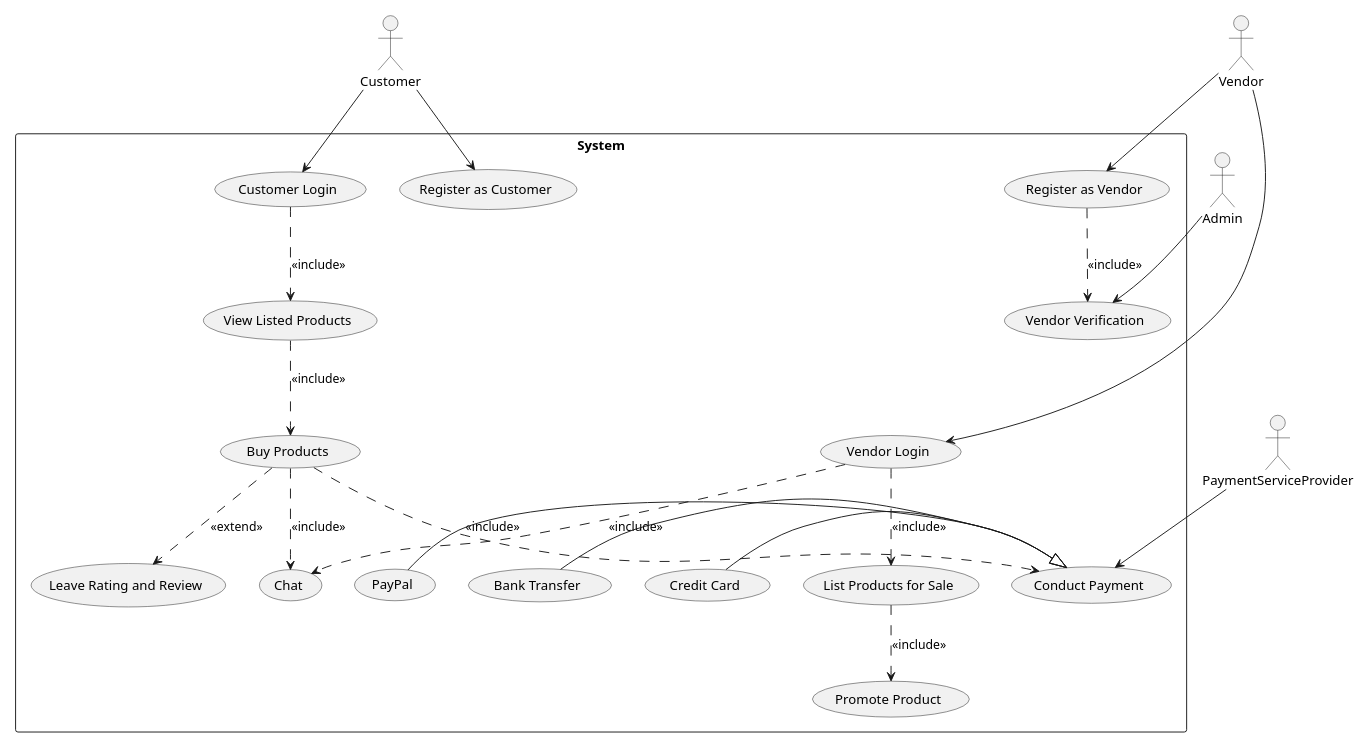
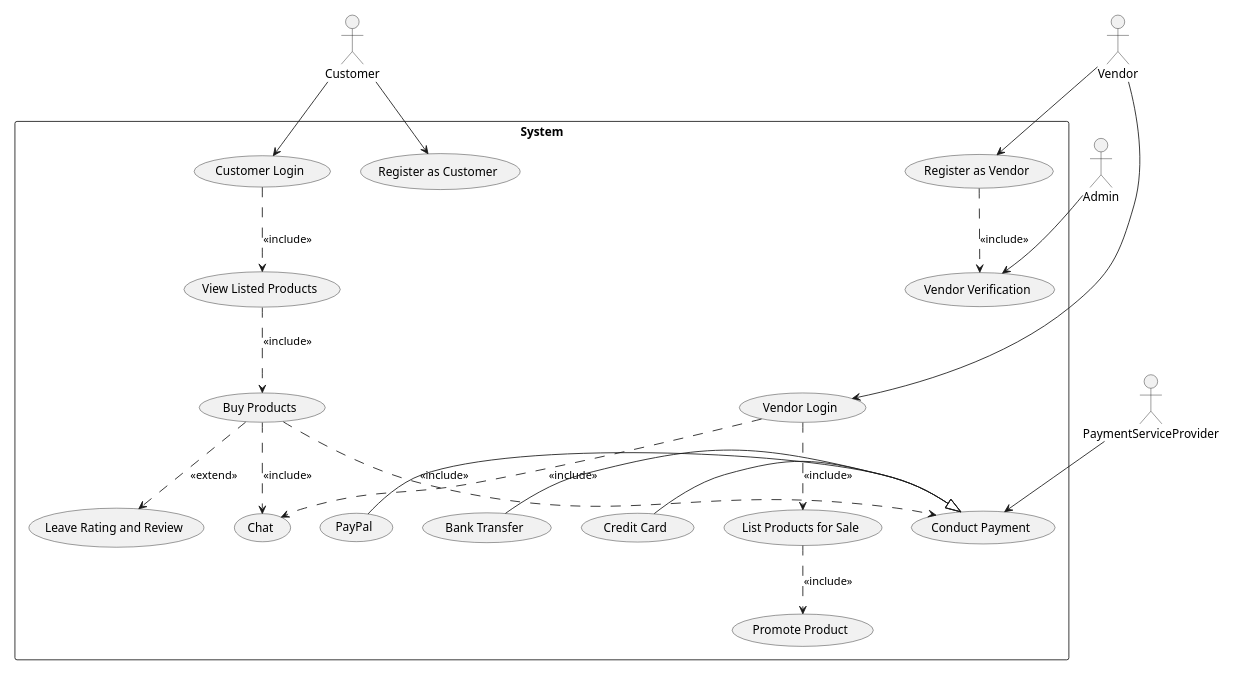
The diagram in report/diagrams/use-case.puml (peter-gy/ecommerce-cloud-architecture), drawn with PlantUML before and after one commit. The commit also changed 79 other files, not shown here.

```diff
--- a/report/diagrams/use-case.puml
+++ b/report/diagrams/use-case.puml
@@ -1,32 +1,32 @@
 @startuml
 skinparam dpi 300
-scale max 300 width
+scale max 270 width
 top to bottom direction
 skinparam packageStyle rectangle
 actor Customer
 actor Vendor
 actor Admin
 actor PaymentServiceProvider
 rectangle System {
   Customer --> (Register as Customer)
   Customer --> (Customer Login)
   (Customer Login) ..> (View Listed Products) : <<include>>
   (View Listed Products) ..> (Buy Products) : <<include>>
   (Buy Products) ..> (Leave Rating and Review)  : <<extend>>
   (Buy Products) ..> (Conduct Payment)  :<<include>>
   (Buy Products) ..> (Chat)  :<<include>>
 
   Vendor --> (Register as Vendor)
   Vendor --> (Vendor Login)
   (Vendor Login) ..> (List Products for Sale) : <<include>>
   (Vendor Login) ..> (Chat) : <<include>>
   (Register as Vendor) ..> (Vendor Verification) : <<include>>
   (List Products for Sale) ..> (Promote Product) : <<include>>
 
   Admin --> (Vendor Verification)
   PaymentServiceProvider --> (Conduct Payment)
   (Credit Card) -|> (Conduct Payment)
   (Bank Transfer) -|> (Conduct Payment)
   (PayPal) -|> (Conduct Payment)
 }
 @enduml
```
